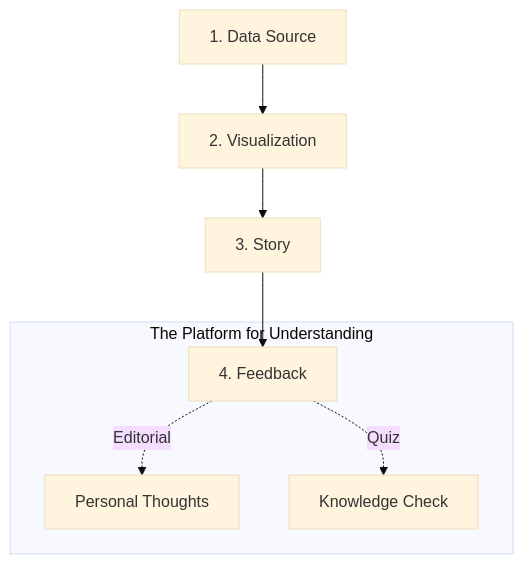
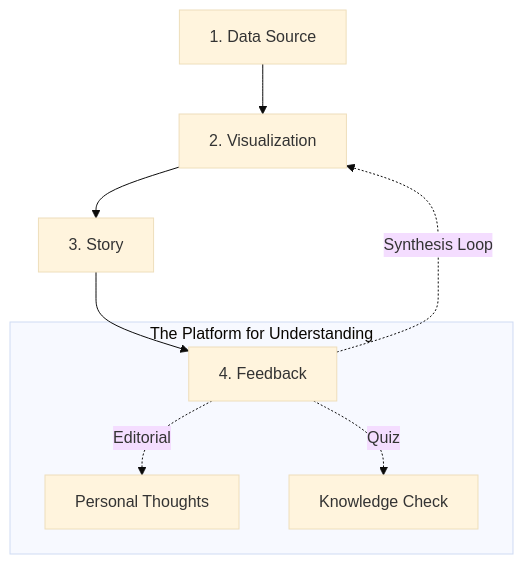
The diagram in README.md (rvishravars/datum-ex-machina), drawn with Mermaid (base theme) before and after one commit.

Commit message:
docs: add synthesis loop from feedback to visualization in core architecture

````diff
--- a/README.md
+++ b/README.md
@@ -11,11 +11,13 @@
 ```mermaid
 graph TD
     A[1. Data Source] --> B[2. Visualization]
     B --> C[3. Story]
     C --> D[4. Feedback]
     
+    D -.->|Synthesis Loop| B
+    
     subgraph "The Platform for Understanding"
     D -.->|Editorial| E[Personal Thoughts]
     D -.->|Quiz| F[Knowledge Check]
     end
 ```
````
